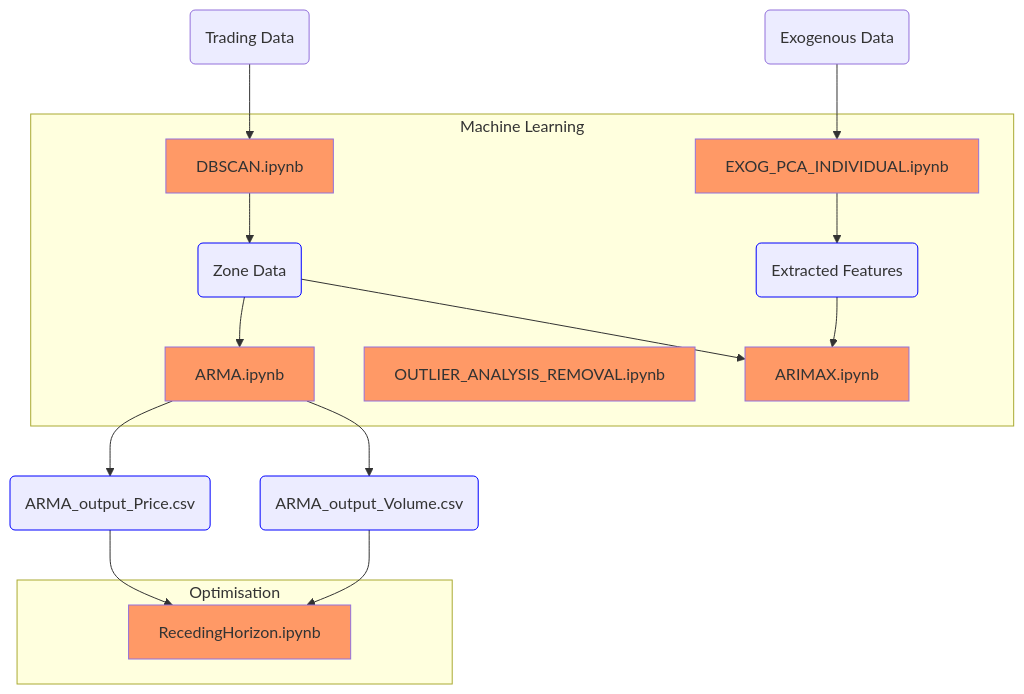
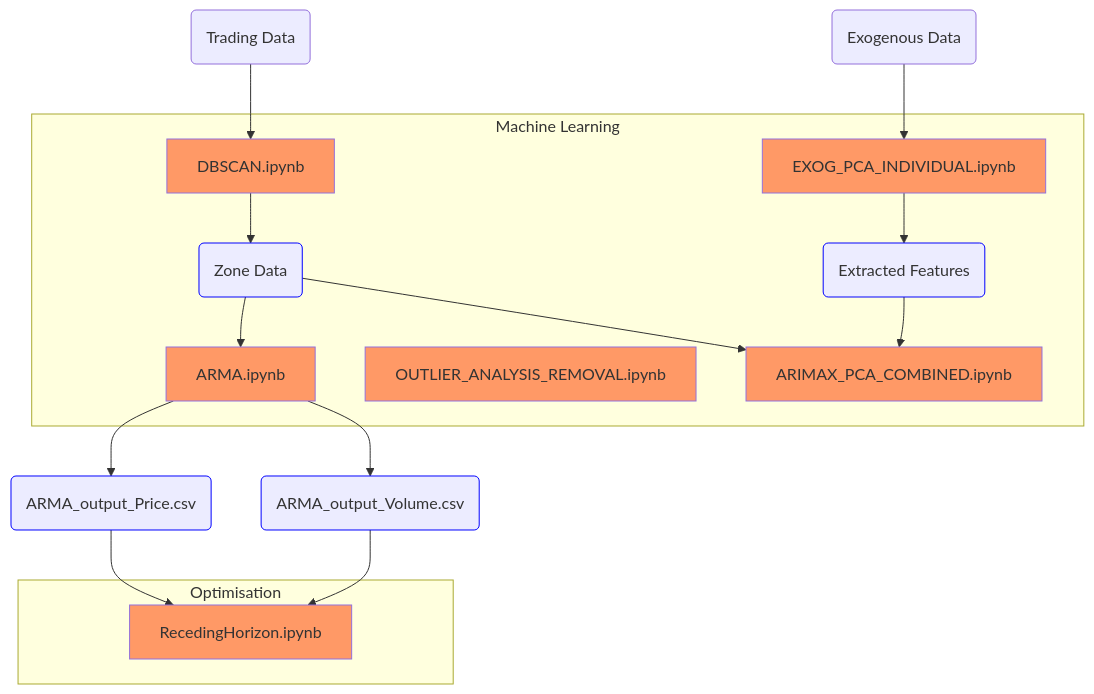
The diagram in README.md (ELEN-Workshops-and-LDI/LDI-ML), drawn with Mermaid before and after one commit. The commit also changed other lines of this file and 8 other files, not shown here.

````diff
--- a/README.md
+++ b/README.md
@@ -6,29 +6,29 @@
 ```mermaid
   graph TD;
         exog("Exogenous Data")-->pca
       A("Trading Data")-->B["DBSCAN.ipynb"]:::nb;
       subgraph Machine Learning
       B-->zd("Zone Data"):::output
       zd-->arma["ARMA.ipynb"]:::nb
       pca["EXOG_PCA_INDIVIDUAL.ipynb"]:::nb
       outl["OUTLIER_ANALYSIS_REMOVAL.ipynb"]:::nb
-      arimax["ARIMAX.ipynb"]:::nb
+      arimax["ARIMAX_PCA_COMBINED.ipynb"]:::nb
       pca-->fet("Extracted Features"):::output
       zd-->arimax
       end
         arma-->modP("ARMA_output_Price.csv"):::output
         arma-->modV("ARMA_output_Volume.csv"):::output
 
         modP-->opt
         modV-->opt
         subgraph Optimisation
         opt["RecedingHorizon.ipynb"]:::nb
         end
 
     
     fet-->arimax
     
 
     classDef nb fill:#f96
     classDef output stroke:#00f
 ```
````
